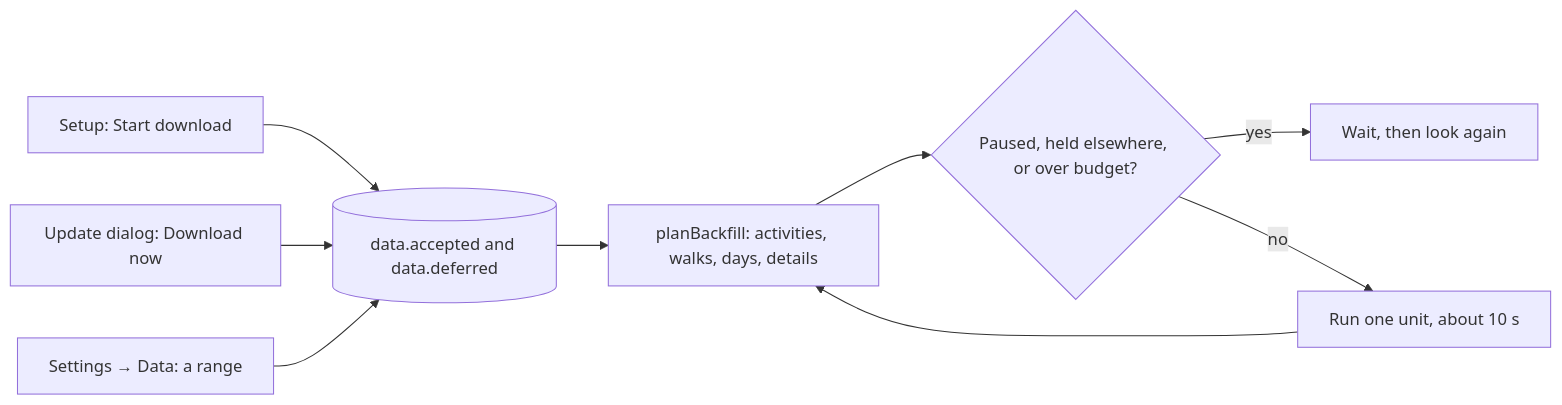
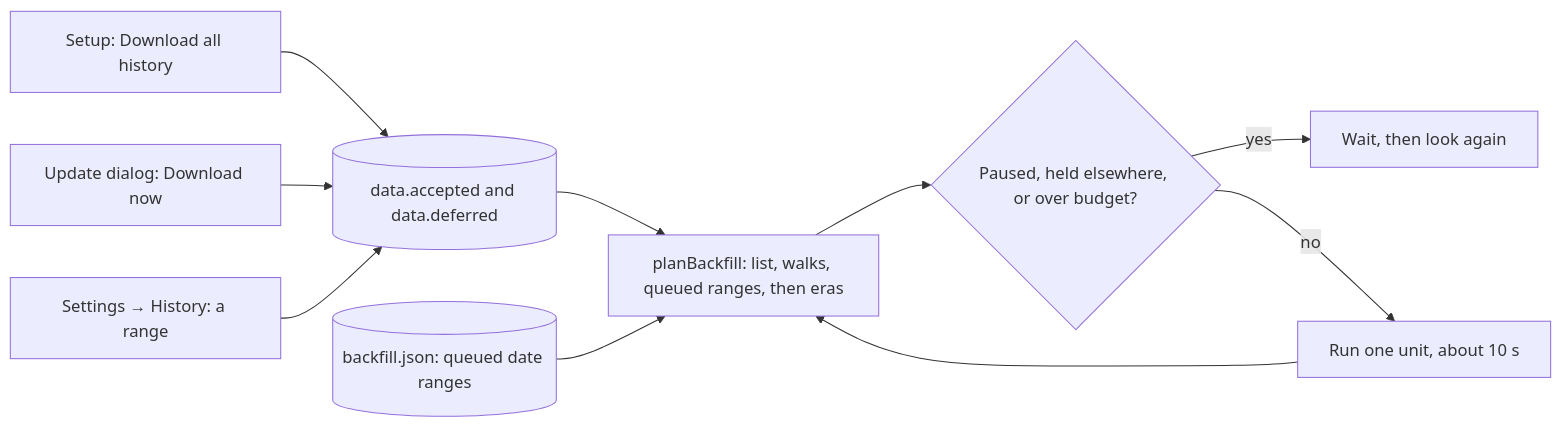
Before and after one commit to tareqayz/Obsidian-Garmin-Connect: the fourth of 4 diagrams in docs/architecture.md, drawn with Mermaid. The commit also changed other lines of this file and 138 other files, not shown here.

````diff
--- a/docs/architecture.md
+++ b/docs/architecture.md
@@ -271,11 +333,12 @@
 ```mermaid
 flowchart LR
-  setup["Setup: Start download"] --> ledger[("data.accepted and data.deferred")]
+  setup["Setup: Download all history"] --> ledger[("data.accepted and data.deferred")]
   dialog["Update dialog: Download now"] --> ledger
-  choice["Settings → Data: a range"] --> ledger
-  ledger --> plan["planBackfill: activities, walks, days, details"]
+  choice["Settings → History: a range"] --> ledger
+  ledger --> plan["planBackfill: list, walks, queued ranges, then eras"]
+  queue[("backfill.json: queued date ranges")] --> plan
   plan --> checks{"Paused, held elsewhere, or over budget?"}
   checks -->|yes| wait["Wait, then look again"]
   checks -->|no| unit["Run one unit, about 10 s"]
   unit --> plan
 ```
````
